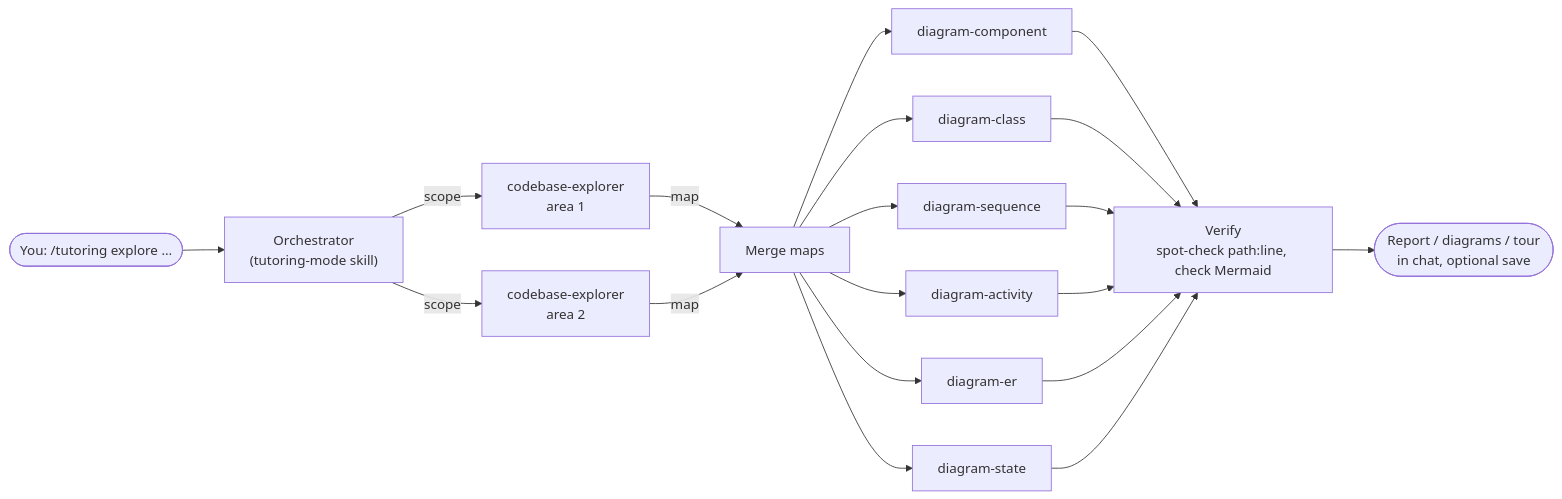
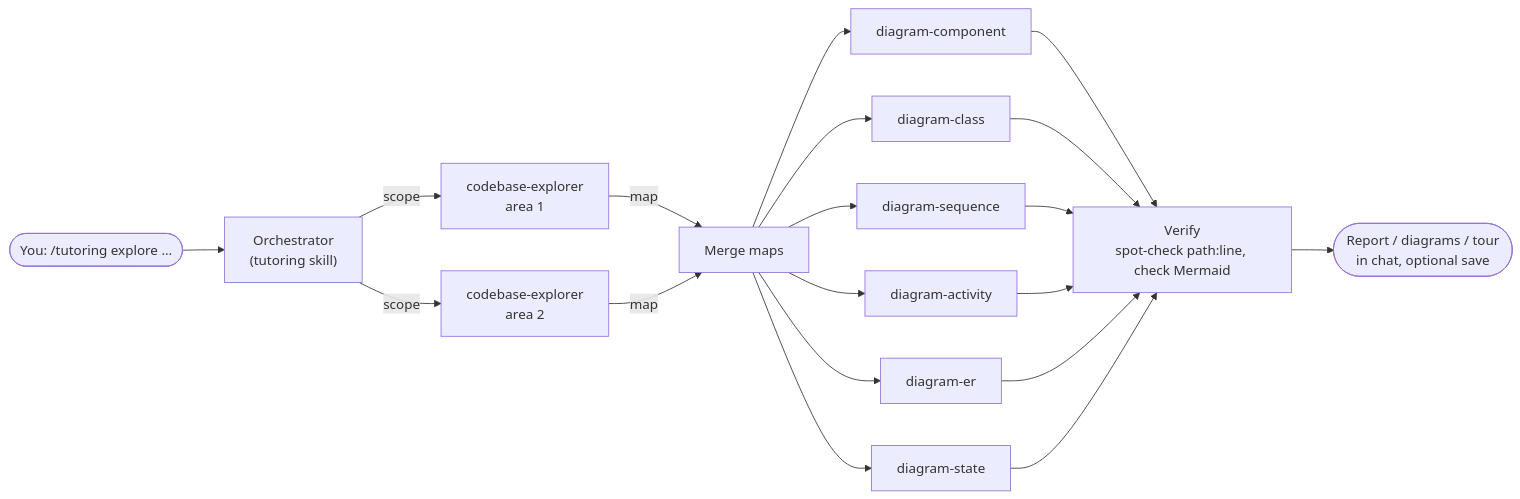
Before and after one commit to EngraciaBatista/Claude-Tutoring-Skill: the diagram in README.md, drawn with Mermaid. The commit also changed other lines of this file and 47 other files, not shown here.

First line of the commit message:
Rename skill to tutoring; fix review findings; add repeatable evals

````diff
--- a/README.md
+++ b/README.md
@@ -69,21 +71,21 @@
 ```mermaid
 flowchart LR
-    User(["You: /tutoring explore …"]) --> Orch["Orchestrator<br/>(tutoring-mode skill)"]
+    User(["You: /tutoring explore …"]) --> Orch["Orchestrator<br/>(tutoring skill)"]
     Orch -->|"scope"| Exp1["codebase-explorer<br/>area 1"]
     Orch -->|"scope"| Exp2["codebase-explorer<br/>area 2"]
     Exp1 -->|"map"| Merge["Merge maps"]
     Exp2 -->|"map"| Merge
     Merge --> Comp["diagram-component"]
     Merge --> Cls["diagram-class"]
     Merge --> Seq["diagram-sequence"]
     Merge --> Act["diagram-activity"]
     Merge --> Er["diagram-er"]
     Merge --> St["diagram-state"]
     Comp --> Verify["Verify<br/>spot-check path:line, check Mermaid"]
     Cls --> Verify
     Seq --> Verify
     Act --> Verify
     Er --> Verify
     St --> Verify
     Verify --> Out(["Report / diagrams / tour<br/>in chat, optional save"])
 ```
````
